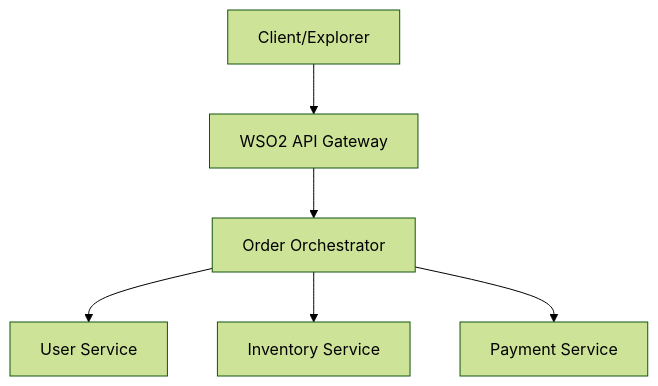
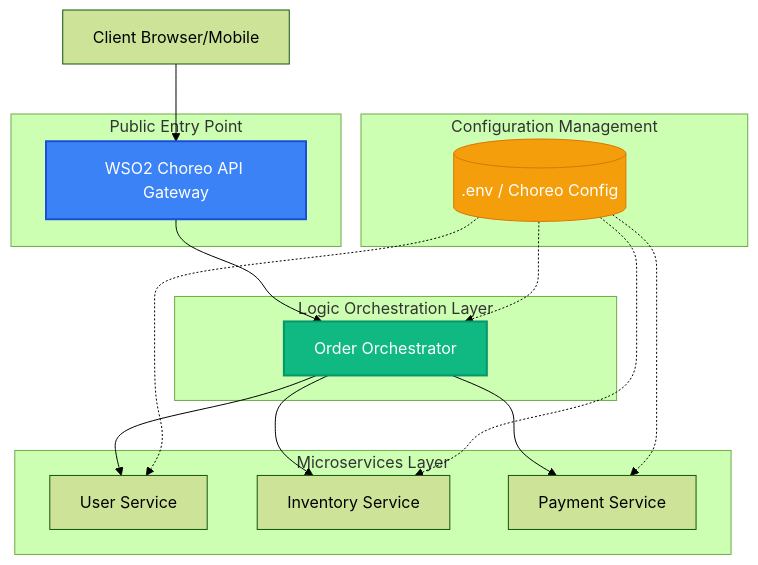
One commit to Perera1325/choreo-api-orchestrator-devops changed the first of 3 diagrams in README.md. Above: the diagram before and after it, drawn with Mermaid (forest theme). The commit also changed other lines of this file, not shown here.

Commit message:
docs: revamp architecture visualizations with professional enterprise-grade diagrams

````diff
--- a/README.md
+++ b/README.md
@@ -9,8 +10,37 @@
 ```mermaid
 graph TD
-    Client[Client/Explorer] --> Gateway[WSO2 API Gateway]
-    Gateway --> Orchestrator[Order Orchestrator]
-    Orchestrator --> UserSvc[User Service]
-    Orchestrator --> InvSvc[Inventory Service]
-    Orchestrator --> PaySvc[Payment Service]
+    Client[Client Browser/Mobile]
+    
+    subgraph "Public Entry Point"
+        Gateway[WSO2 Choreo API Gateway]
+    end
+
+    subgraph "Logic Orchestration Layer"
+        Orch[Order Orchestrator]
+    end
+
+    subgraph "Microservices Layer"
+        US[User Service]
+        IS[Inventory Service]
+        PS[Payment Service]
+    end
+
+    subgraph "Configuration Management"
+        Env[(.env / Choreo Config)]
+    end
+
+    Client --> Gateway
+    Gateway --> Orch
+    Orch --> US
+    Orch --> IS
+    Orch --> PS
+    
+    Env -.-> Orch
+    Env -.-> US
+    Env -.-> IS
+    Env -.-> PS
+
+    style Gateway fill:#3b82f6,color:#fff,stroke:#1d4ed8,stroke-width:2px
+    style Orch fill:#10b981,color:#fff,stroke:#059669,stroke-width:2px
+    style Env fill:#f59e0b,color:#fff,stroke:#d97706
 ```
````
